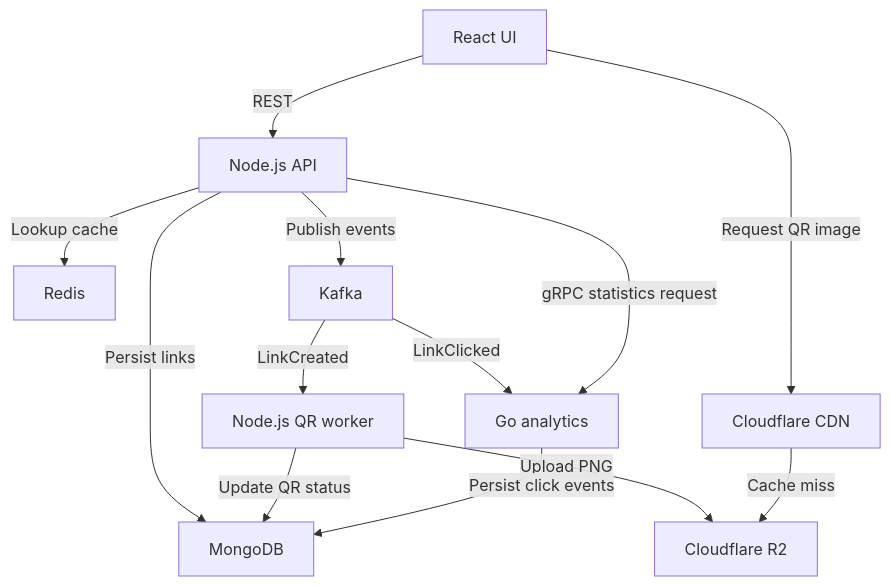
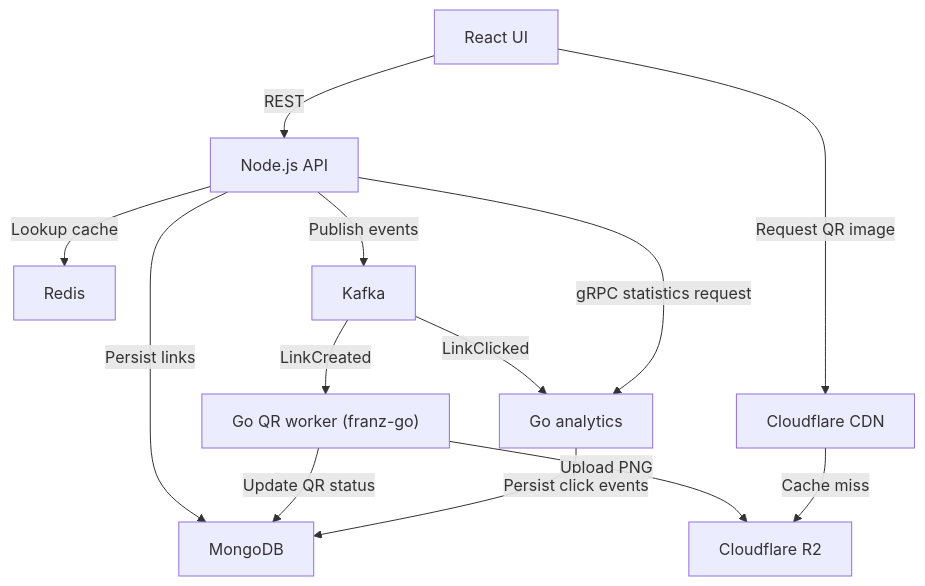
One commit to eIonut/link-and-qr-code-generator changed the diagram in design/LINK_SHORTENER_REQUIREMENTS.md. Above: the diagram before and after it, drawn with Mermaid. The commit also changed other lines of this file and 1 other file, not shown here.

Commit message:
Document Go QR worker with franz-go

````diff
--- a/design/LINK_SHORTENER_REQUIREMENTS.md
+++ b/design/LINK_SHORTENER_REQUIREMENTS.md
@@ -95,15 +95,15 @@
 ```mermaid
 flowchart TD
     UI["React UI"] -->|REST| API["Node.js API"]
     API -->|Lookup cache| Redis["Redis"]
     API -->|Persist links| Mongo["MongoDB"]
     API -->|Publish events| Kafka["Kafka"]
-    Kafka -->|LinkCreated| QR["Node.js QR worker"]
+    Kafka -->|LinkCreated| QR["Go QR worker (franz-go)"]
     QR -->|Update QR status| Mongo
     QR -->|Upload PNG| R2["Cloudflare R2"]
     Kafka -->|LinkClicked| Go["Go analytics"]
     Go -->|Persist click events| Mongo
     API -->|gRPC statistics request| Go
     UI -->|Request QR image| CDN["Cloudflare CDN"]
     CDN -->|Cache miss| R2
 ```
````
